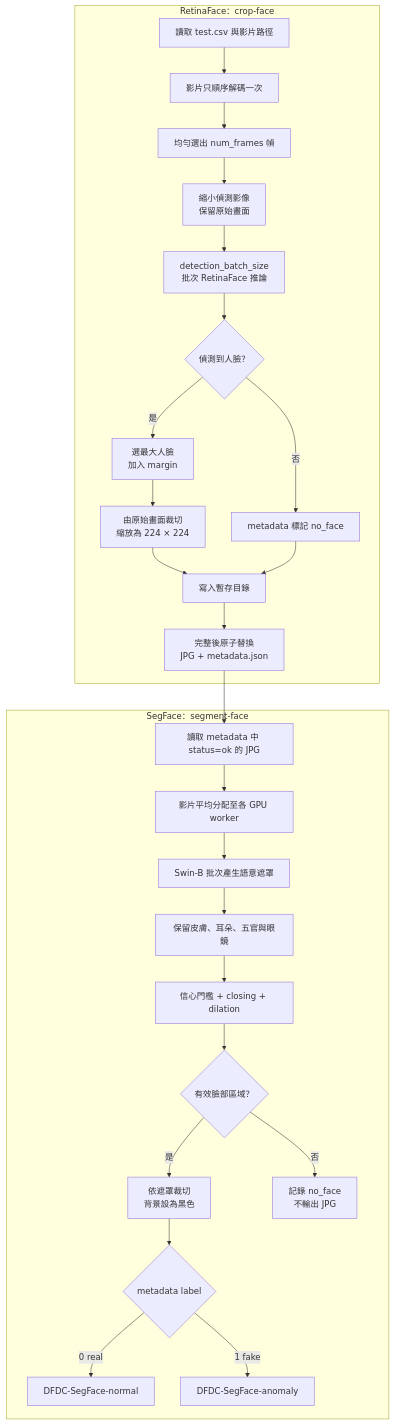
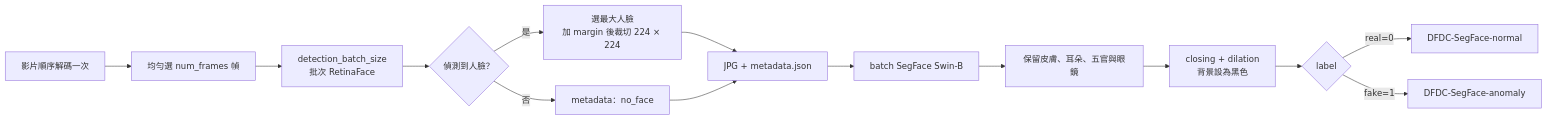
One commit to IlikeBB/DeepFakeSecurity changed the second of 3 diagrams in README.md. Above: the diagram before and after it, drawn with Mermaid. The commit also changed other lines of this file, not shown here.

````diff
--- a/README.md
+++ b/README.md
@@ -60,31 +78,16 @@
 ```mermaid
-flowchart TD
-    subgraph RF["RetinaFace：crop-face"]
-        R1["讀取 test.csv 與影片路徑"] --> R2["影片只順序解碼一次"]
-        R2 --> R3["均勻選出 num_frames 幀"]
-        R3 --> R4["縮小偵測影像<br/>保留原始畫面"]
-        R4 --> R5["detection_batch_size<br/>批次 RetinaFace 推論"]
-        R5 --> R6{"偵測到人臉？"}
-        R6 -->|是| R7["選最大人臉<br/>加入 margin"]
-        R7 --> R8["由原始畫面裁切<br/>縮放為 224 × 224"]
-        R6 -->|否| R9["metadata 標記 no_face"]
-        R8 --> R10["寫入暫存目錄"]
-        R9 --> R10
-        R10 --> R11["完整後原子替換<br/>JPG + metadata.json"]
-    end
-
-    subgraph SF["SegFace：segment-face"]
-        S1["讀取 metadata 中 status=ok 的 JPG"] --> S2["影片平均分配至各 GPU worker"]
-        S2 --> S3["Swin-B 批次產生語意遮罩"]
-        S3 --> S4["保留皮膚、耳朵、五官與眼鏡"]
-        S4 --> S5["信心門檻 + closing + dilation"]
-        S5 --> S6{"有效臉部區域？"}
-        S6 -->|是| S7["依遮罩裁切<br/>背景設為黑色"]
-        S6 -->|否| S8["記錄 no_face<br/>不輸出 JPG"]
-        S7 --> S9{"metadata label"}
-        S9 -->|0 real| S10["DFDC-SegFace-normal"]
-        S9 -->|1 fake| S11["DFDC-SegFace-anomaly"]
-    end
-
-    R11 --> S1
+flowchart LR
+    A["影片順序解碼一次"] --> B["均勻選 num_frames 幀"]
+    B --> C["detection_batch_size<br/>批次 RetinaFace"]
+    C --> D{"偵測到人臉？"}
+    D -->|是| E["選最大人臉<br/>加 margin 後裁切 224 × 224"]
+    D -->|否| F["metadata：no_face"]
+    E --> G["JPG + metadata.json"]
+    F --> G
+    G --> H["batch SegFace Swin-B"]
+    H --> I["保留皮膚、耳朵、五官與眼鏡"]
+    I --> J["closing + dilation<br/>背景設為黑色"]
+    J --> K{"label"}
+    K -->|real=0| L["DFDC-SegFace-normal"]
+    K -->|fake=1| M["DFDC-SegFace-anomaly"]
 ```
````
